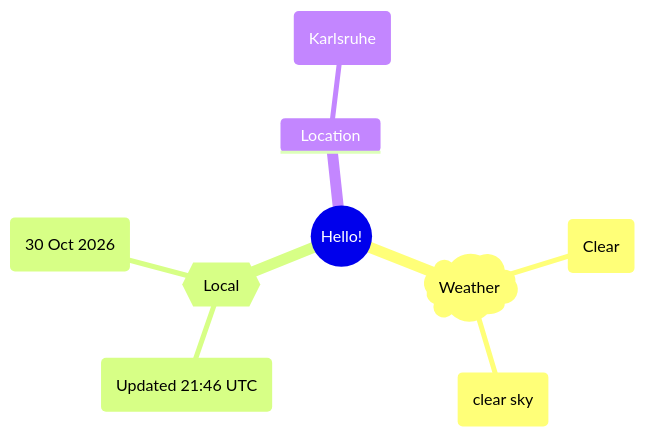
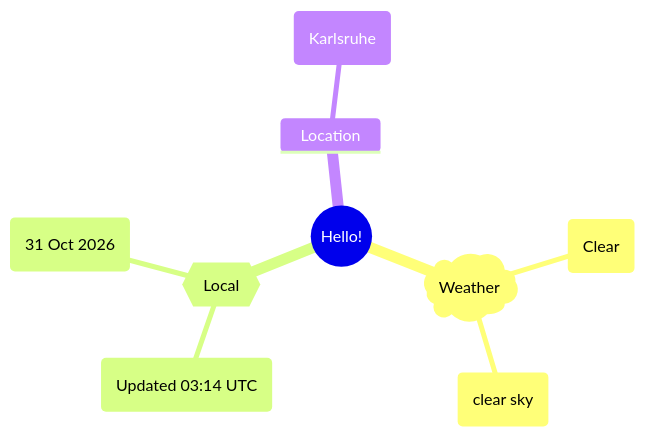
One commit to Xosrov/Xosrov changed the first of 2 diagrams in README.md. Above: the diagram before and after it, drawn with Mermaid.

Commit message:
[bot] updated images

````diff
--- a/README.md
+++ b/README.md
@@ -3,12 +3,12 @@
 ```mermaid
 mindmap
   root((Hello!))
     )Weather(
         (Clear)
         (clear sky)
     {{Local}}
-        (Updated 21:46 UTC)
-        (30 Oct 2026)
+        (Updated 03:14 UTC)
+        (31 Oct 2026)
     Location
         (Karlsruhe)
 ```
````
